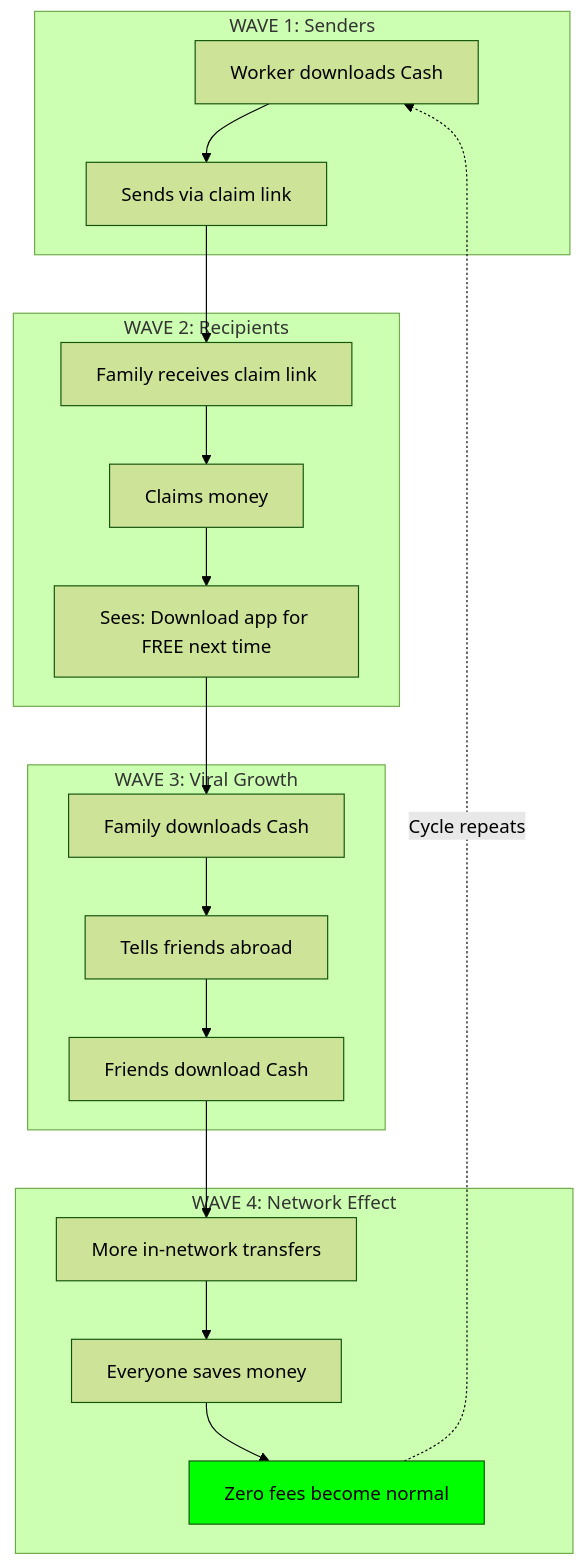
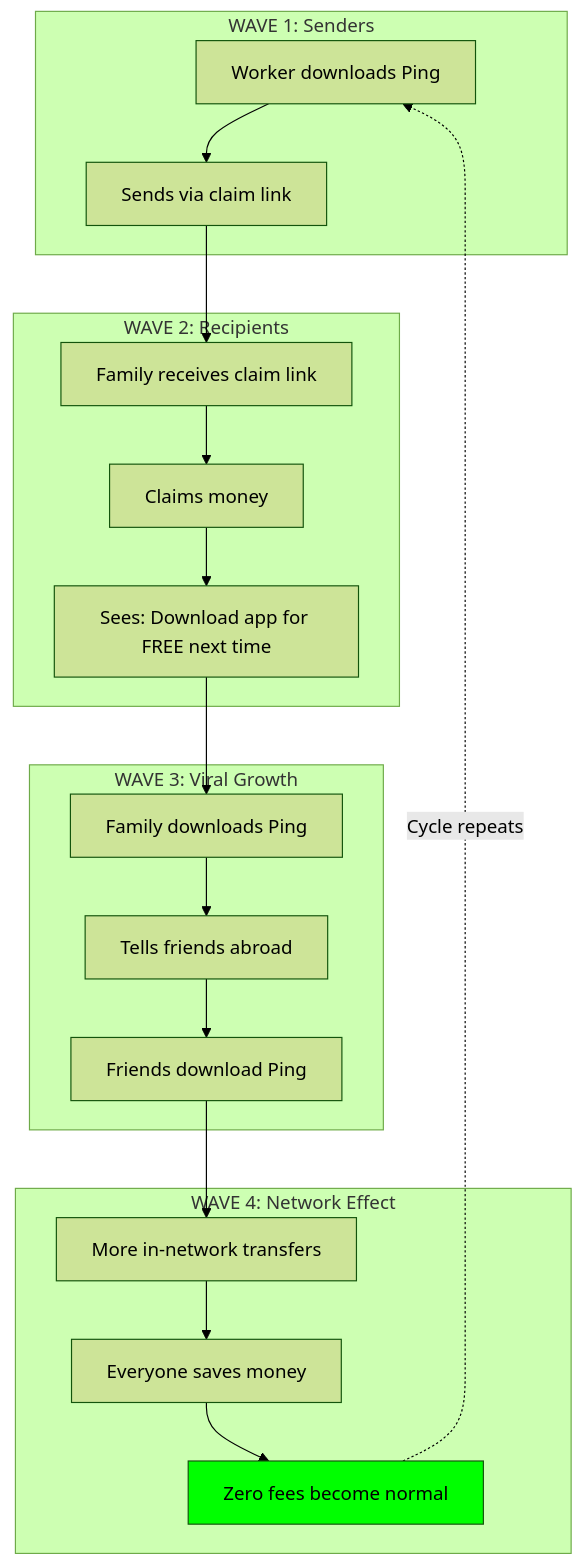
Before and after one commit to ping-cash/ping-cash: diagram 11 of 11 in docs/FLOWS.md, drawn with Mermaid (forest theme). The commit also changed other lines of this file and 38 other files, not shown here.

First line of the commit message:
chore: rebrand Cash → Ping; migrate to ping-cash/ping-cash

````diff
--- a/docs/FLOWS.md
+++ b/docs/FLOWS.md
@@ -524,32 +524,32 @@
 ```mermaid
 flowchart TD
     subgraph Wave1["WAVE 1: Senders"]
-        W1A[Worker downloads Cash]
+        W1A[Worker downloads Ping]
         W1B[Sends via claim link]
     end
 
     subgraph Wave2["WAVE 2: Recipients"]
         W2A[Family receives claim link]
         W2B[Claims money]
         W2C[Sees: Download app for FREE next time]
     end
 
     subgraph Wave3["WAVE 3: Viral Growth"]
-        W3A[Family downloads Cash]
+        W3A[Family downloads Ping]
         W3B[Tells friends abroad]
-        W3C[Friends download Cash]
+        W3C[Friends download Ping]
     end
 
     subgraph Wave4["WAVE 4: Network Effect"]
         W4A[More in-network transfers]
         W4B[Everyone saves money]
         W4C[Zero fees become normal]
     end
 
     W1A --> W1B --> W2A --> W2B --> W2C
     W2C --> W3A --> W3B --> W3C
     W3C --> W4A --> W4B --> W4C
     W4C -.->|Cycle repeats| W1A
 
     style W4C fill:#00ff00,color:#000
 ```
````
